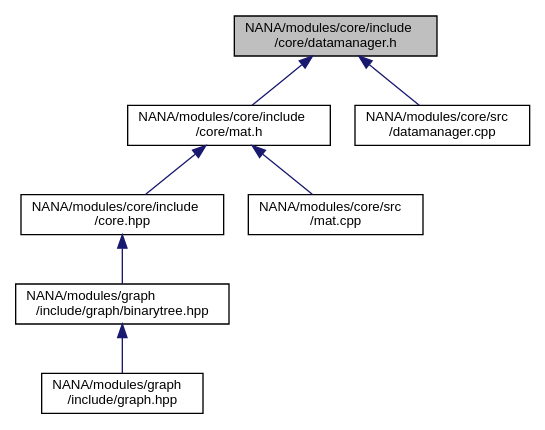
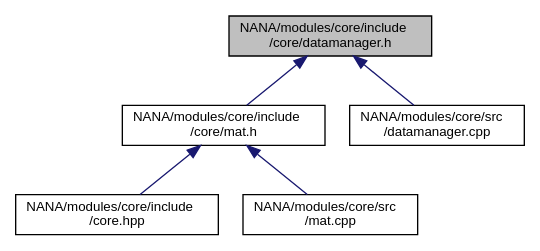
The diagram in docs/datamanager_8h__dep__incl.dot (YuruTu/NANA), drawn with Graphviz before and after one commit. The commit also changed 80 other files, not shown here.

```diff
--- a/docs/datamanager_8h__dep__incl.dot
+++ b/docs/datamanager_8h__dep__incl.dot
@@ -1,19 +1,15 @@
 digraph "NANA/modules/core/include/core/datamanager.h"
 {
  // LATEX_PDF_SIZE
   edge [fontname="Helvetica",fontsize="10",labelfontname="Helvetica",labelfontsize="10"];
   node [fontname="Helvetica",fontsize="10",shape=record];
   Node1 [label="NANA/modules/core/include\l/core/datamanager.h",height=0.2,width=0.4,color="black", fillcolor="grey75", style="filled", fontcolor="black",tooltip="实现一个数据管理器"];
   Node1 -> Node2 [dir="back",color="midnightblue",fontsize="10",style="solid",fontname="Helvetica"];
   Node2 [label="NANA/modules/core/include\l/core/mat.h",height=0.2,width=0.4,color="black", fillcolor="white", style="filled",URL="$mat_8h.html",tooltip="实现一个用于矩阵运算的模板类(仍在实现当中)"];
   Node2 -> Node3 [dir="back",color="midnightblue",fontsize="10",style="solid",fontname="Helvetica"];
   Node3 [label="NANA/modules/core/include\l/core.hpp",height=0.2,width=0.4,color="black", fillcolor="white", style="filled",URL="$core_8hpp.html",tooltip="包含基本的数据结构等"];
-  Node3 -> Node4 [dir="back",color="midnightblue",fontsize="10",style="solid",fontname="Helvetica"];
-  Node4 [label="NANA/modules/graph\l/include/graph/binarytree.hpp",height=0.2,width=0.4,color="black", fillcolor="white", style="filled",URL="$binarytree_8hpp.html",tooltip="实现二叉树的模板"];
-  Node4 -> Node5 [dir="back",color="midnightblue",fontsize="10",style="solid",fontname="Helvetica"];
-  Node5 [label="NANA/modules/graph\l/include/graph.hpp",height=0.2,width=0.4,color="black", fillcolor="white", style="filled",URL="$graph_8hpp.html",tooltip="实现图论相关算法"];
-  Node2 -> Node6 [dir="back",color="midnightblue",fontsize="10",style="solid",fontname="Helvetica"];
-  Node6 [label="NANA/modules/core/src\l/mat.cpp",height=0.2,width=0.4,color="black", fillcolor="white", style="filled",URL="$mat_8cpp.html",tooltip="实现Mat的相关功能"];
-  Node1 -> Node7 [dir="back",color="midnightblue",fontsize="10",style="solid",fontname="Helvetica"];
-  Node7 [label="NANA/modules/core/src\l/datamanager.cpp",height=0.2,width=0.4,color="black", fillcolor="white", style="filled",URL="$datamanager_8cpp_source.html",tooltip=" "];
+  Node2 -> Node4 [dir="back",color="midnightblue",fontsize="10",style="solid",fontname="Helvetica"];
+  Node4 [label="NANA/modules/core/src\l/mat.cpp",height=0.2,width=0.4,color="black", fillcolor="white", style="filled",URL="$mat_8cpp.html",tooltip="实现Mat的相关功能"];
+  Node1 -> Node5 [dir="back",color="midnightblue",fontsize="10",style="solid",fontname="Helvetica"];
+  Node5 [label="NANA/modules/core/src\l/datamanager.cpp",height=0.2,width=0.4,color="black", fillcolor="white", style="filled",URL="$datamanager_8cpp_source.html",tooltip=" "];
 }
```
